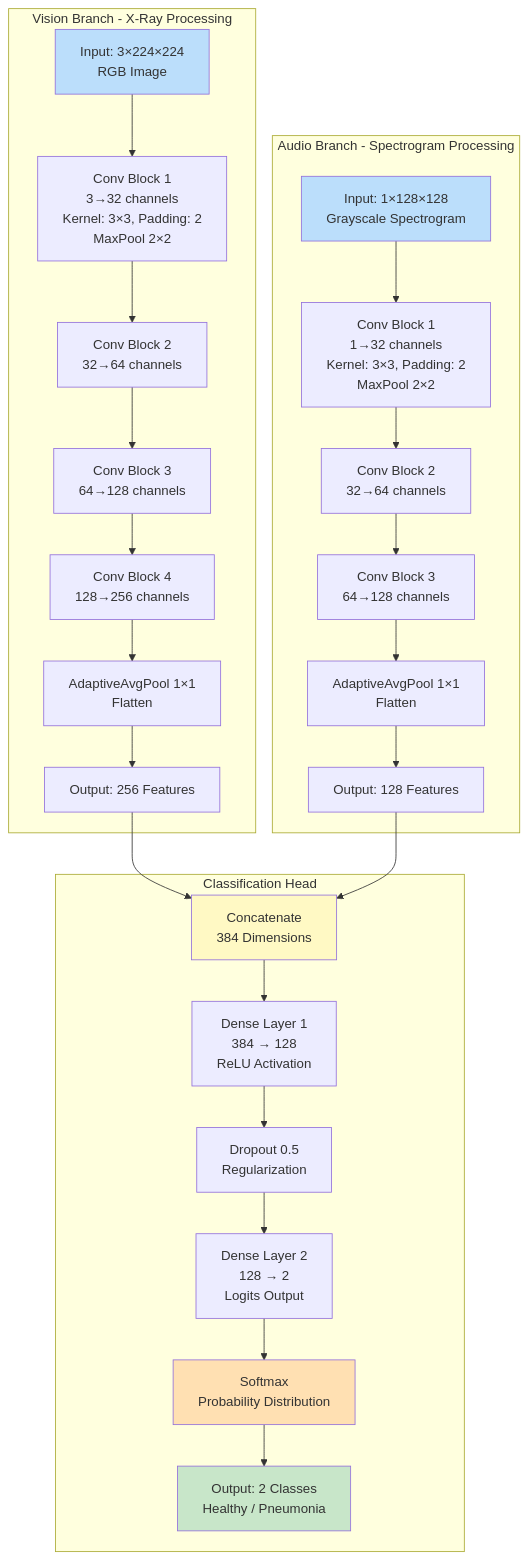
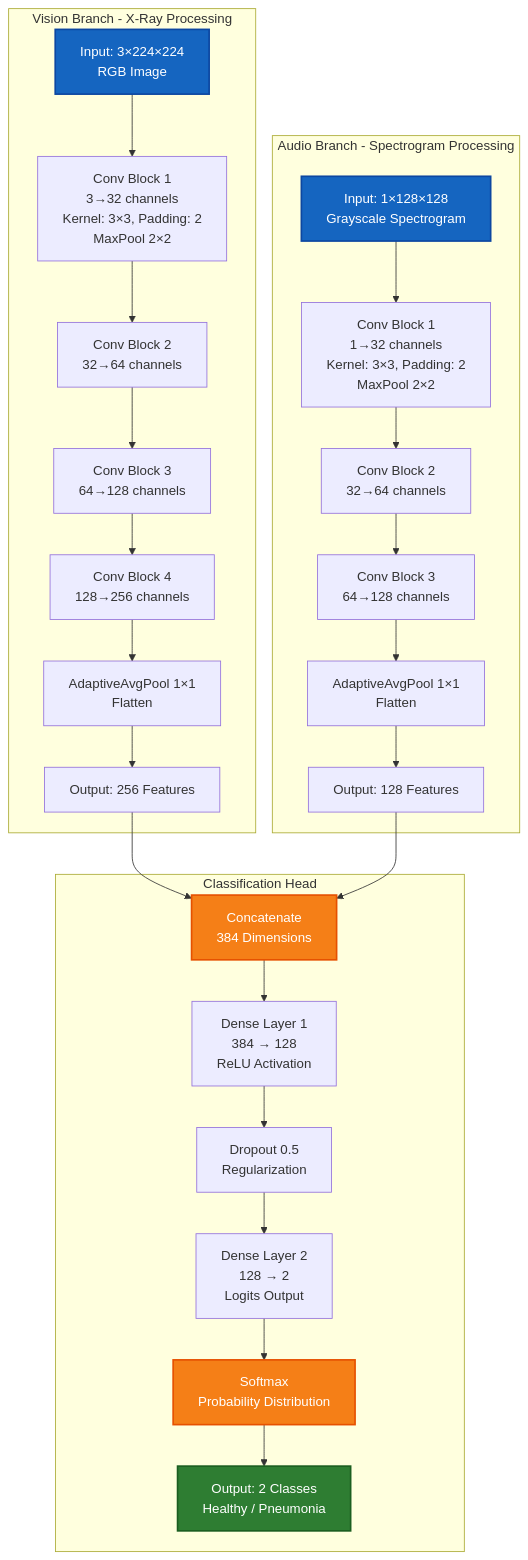
Before and after one commit to rwitobaansheikh/Pnumonia_Detector: the third of 7 diagrams in ARCHITECTURE.md, drawn with Mermaid. The commit also changed other lines of this file and 3 other files, not shown here.

````diff
--- a/ARCHITECTURE.md
+++ b/ARCHITECTURE.md
@@ -156,43 +156,43 @@
 ```mermaid
 graph TD
     subgraph "Vision Branch - X-Ray Processing"
         V0["Input: 3×224×224<br/>RGB Image"]
         V1["Conv Block 1<br/>3→32 channels<br/>Kernel: 3×3, Padding: 2<br/>MaxPool 2×2"]
         V2["Conv Block 2<br/>32→64 channels"]
         V3["Conv Block 3<br/>64→128 channels"]
         V4["Conv Block 4<br/>128→256 channels"]
         V5["AdaptiveAvgPool 1×1<br/>Flatten"]
         V_Out["Output: 256 Features"]
     end
     
     subgraph "Audio Branch - Spectrogram Processing"
         A0["Input: 1×128×128<br/>Grayscale Spectrogram"]
         A1["Conv Block 1<br/>1→32 channels<br/>Kernel: 3×3, Padding: 2<br/>MaxPool 2×2"]
         A2["Conv Block 2<br/>32→64 channels"]
         A3["Conv Block 3<br/>64→128 channels"]
         A4["AdaptiveAvgPool 1×1<br/>Flatten"]
         A_Out["Output: 128 Features"]
     end
     
     subgraph "Classification Head"
         Concat["Concatenate<br/>384 Dimensions"]
         FC1["Dense Layer 1<br/>384 → 128<br/>ReLU Activation"]
         Drop["Dropout 0.5<br/>Regularization"]
         FC2["Dense Layer 2<br/>128 → 2<br/>Logits Output"]
         Softmax["Softmax<br/>Probability Distribution"]
         Out["Output: 2 Classes<br/>Healthy / Pneumonia"]
     end
     
     V0 --> V1 --> V2 --> V3 --> V4 --> V5 --> V_Out
     A0 --> A1 --> A2 --> A3 --> A4 --> A_Out
     
     V_Out --> Concat
     A_Out --> Concat
     Concat --> FC1 --> Drop --> FC2 --> Softmax --> Out
     
-    style V0 fill:#bbdefb
-    style A0 fill:#bbdefb
-    style Concat fill:#fff9c4
-    style Out fill:#c8e6c9
-    style Softmax fill:#ffe0b2
+    style V0 fill:#1565c0,color:#fff,stroke:#0d47a1,stroke-width:2px
+    style A0 fill:#1565c0,color:#fff,stroke:#0d47a1,stroke-width:2px
+    style Concat fill:#f57f17,color:#fff,stroke:#e65100,stroke-width:2px
+    style Out fill:#2e7d32,color:#fff,stroke:#1b5e20,stroke-width:2px
+    style Softmax fill:#f57f17,color:#fff,stroke:#e65100,stroke-width:2px
 ```
````
